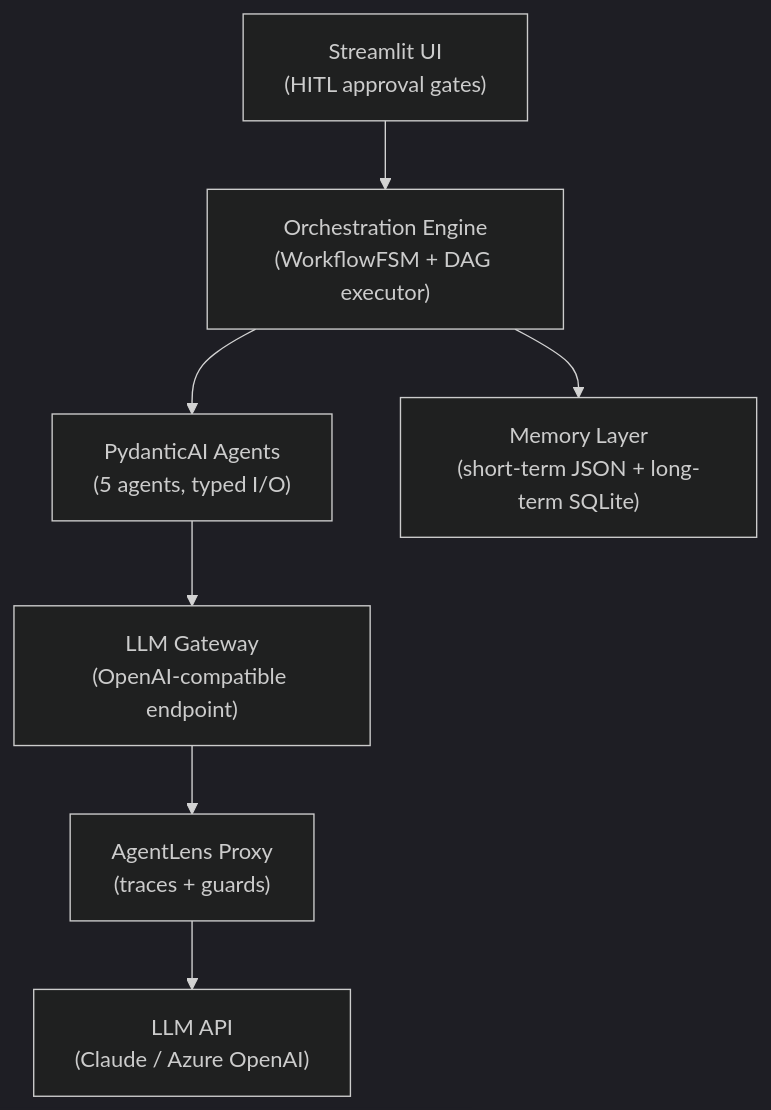
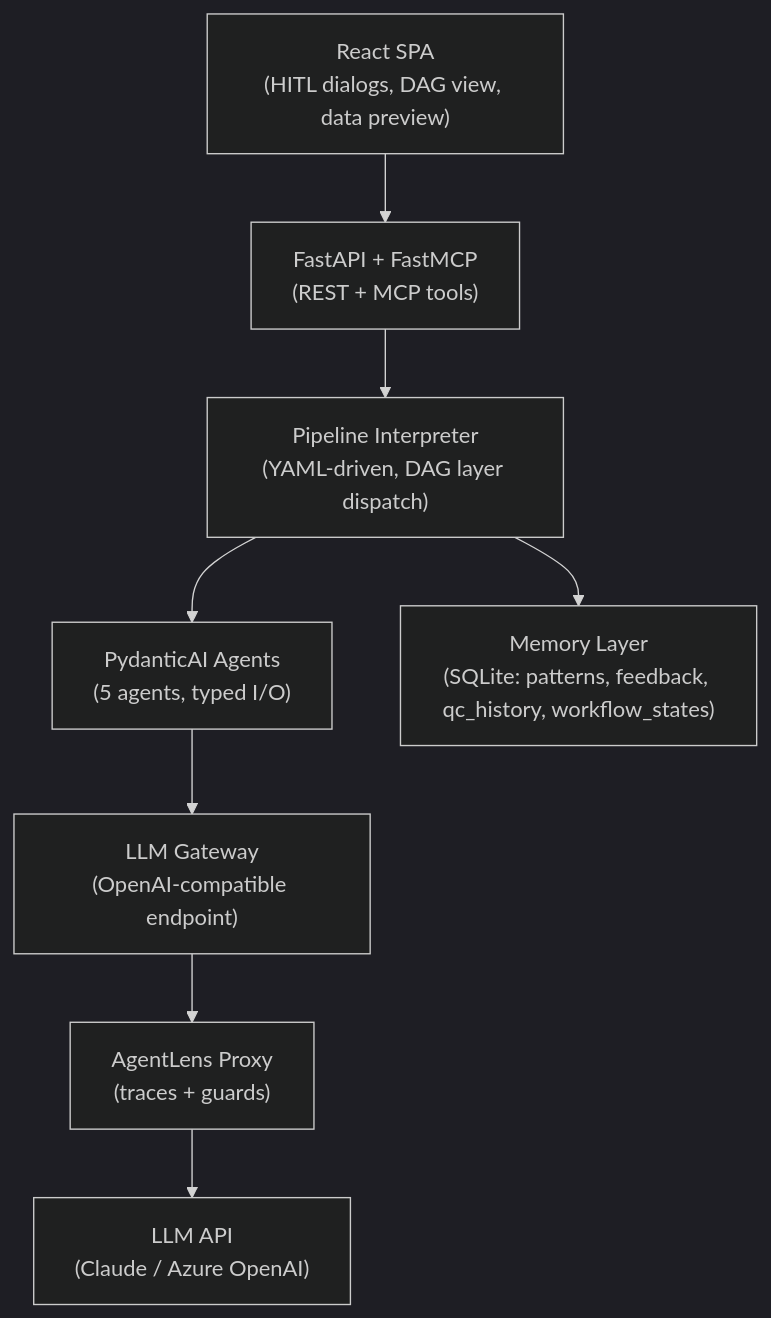
The first of 3 diagrams in docs/design.md (matt-grain/pharma-derive), drawn with Mermaid (dark theme) before and after one commit. The commit also changed other lines of this file and 11 other files, not shown here.

````diff
--- a/docs/design.md
+++ b/docs/design.md
@@ -25,17 +29,19 @@
 ```mermaid
 graph TB
-    UI["Streamlit UI<br/>(HITL approval gates)"]
-    Engine["Orchestration Engine<br/>(WorkflowFSM + DAG executor)"]
+    SPA["React SPA<br/>(HITL dialogs, DAG view, data preview)"]
+    API["FastAPI + FastMCP<br/>(REST + MCP tools)"]
+    Engine["Pipeline Interpreter<br/>(YAML-driven, DAG layer dispatch)"]
     Agents["PydanticAI Agents<br/>(5 agents, typed I/O)"]
     Gateway["LLM Gateway<br/>(OpenAI-compatible endpoint)"]
-    Memory["Memory Layer<br/>(short-term JSON + long-term SQLite)"]
+    Memory["Memory Layer<br/>(SQLite: patterns, feedback, qc_history, workflow_states)"]
     Lens["AgentLens Proxy<br/>(traces + guards)"]
     LLM["LLM API<br/>(Claude / Azure OpenAI)"]
 
-    UI --> Engine
+    SPA --> API
+    API --> Engine
     Engine --> Agents
     Engine --> Memory
     Agents --> Gateway
     Gateway --> Lens
     Lens --> LLM
 ```
````
